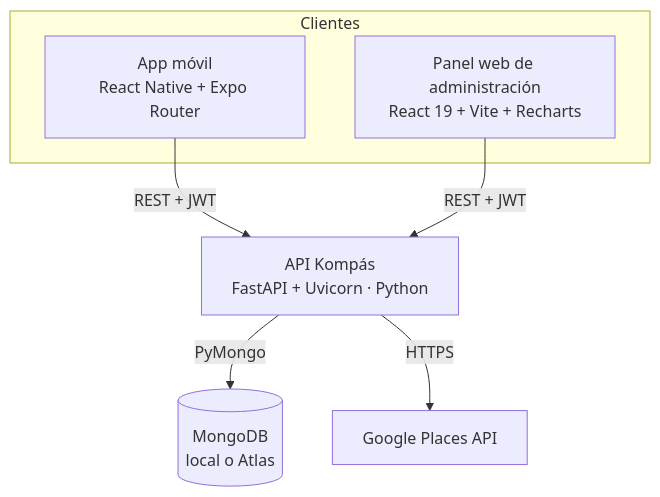
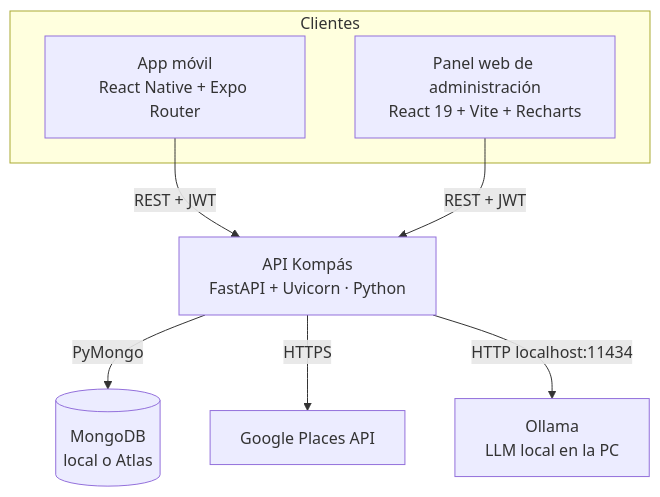
One commit to jirotrash/KompasAPPbeta changed the second of 7 diagrams in DOCS/manual-tecnico/arquitectura.md. Above: the diagram before and after it, drawn with Mermaid. The commit also changed other lines of this file and 13 other files, not shown here.

````diff
--- a/DOCS/manual-tecnico/arquitectura.md
+++ b/DOCS/manual-tecnico/arquitectura.md
@@ -78,14 +80,16 @@
 ```mermaid
 flowchart TB
   subgraph Clientes
     M[App móvil<br/>React Native + Expo Router]
     W[Panel web de administración<br/>React 19 + Vite + Recharts]
   end
   API[API Kompás<br/>FastAPI + Uvicorn · Python]
   DB[(MongoDB<br/>local o Atlas)]
   G[Google Places API]
+  O[Ollama<br/>LLM local en la PC]
   M -- REST + JWT --> API
   W -- REST + JWT --> API
   API -- PyMongo --> DB
   API -- HTTPS --> G
+  API -- HTTP localhost:11434 --> O
 ```
````
